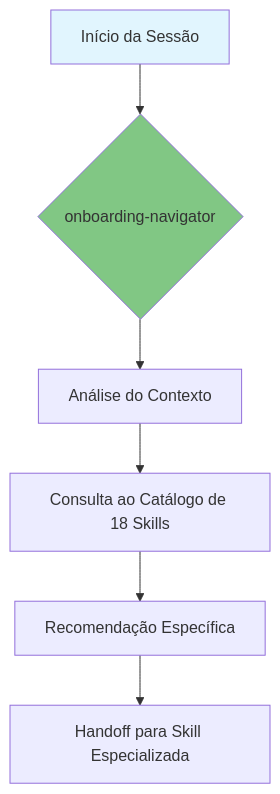
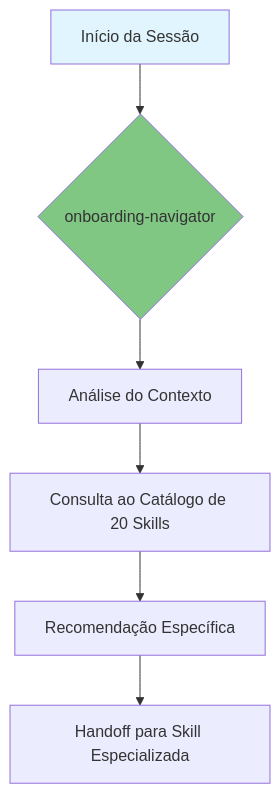
One commit to KlebersonCollab/skills changed the diagram in onboarding-navigator/SKILL.md. Above: the diagram before and after it, drawn with Mermaid. The commit also changed other lines of this file and 29 other files, not shown here.

````diff
--- a/onboarding-navigator/SKILL.md
+++ b/onboarding-navigator/SKILL.md
@@ -48,12 +48,12 @@
 ```mermaid
 flowchart TD
     Start[Início da Sessão] --> Onboarding{onboarding-navigator}
     
     Onboarding --> Analise[Análise do Contexto]
-    Analise --> Catálogo[Consulta ao Catálogo de 18 Skills]
+    Analise --> Catálogo[Consulta ao Catálogo de 20 Skills]
     Catálogo --> Recomendação[Recomendação Específica]
     Recomendação --> Handoff[Handoff para Skill Especializada]
     
     style Start fill:#e1f5fe
     style Onboarding fill:#81c784
 ```
````
